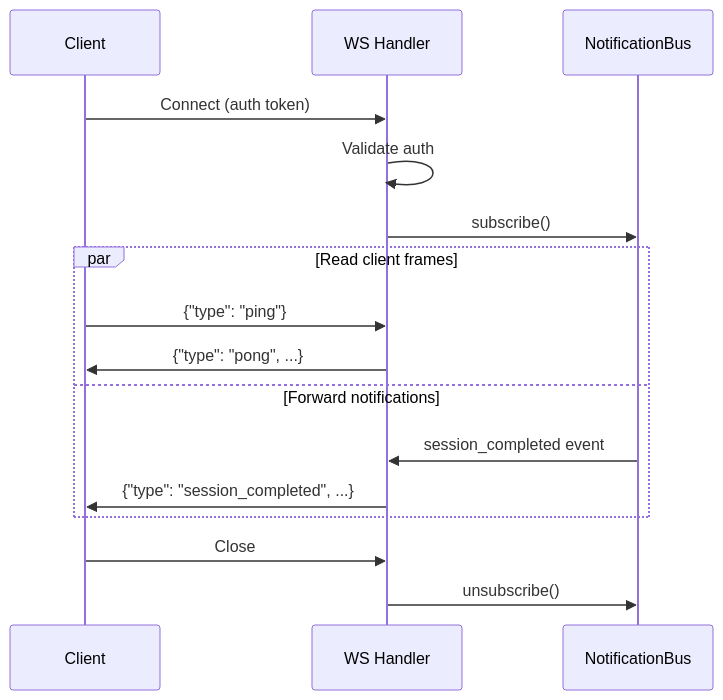
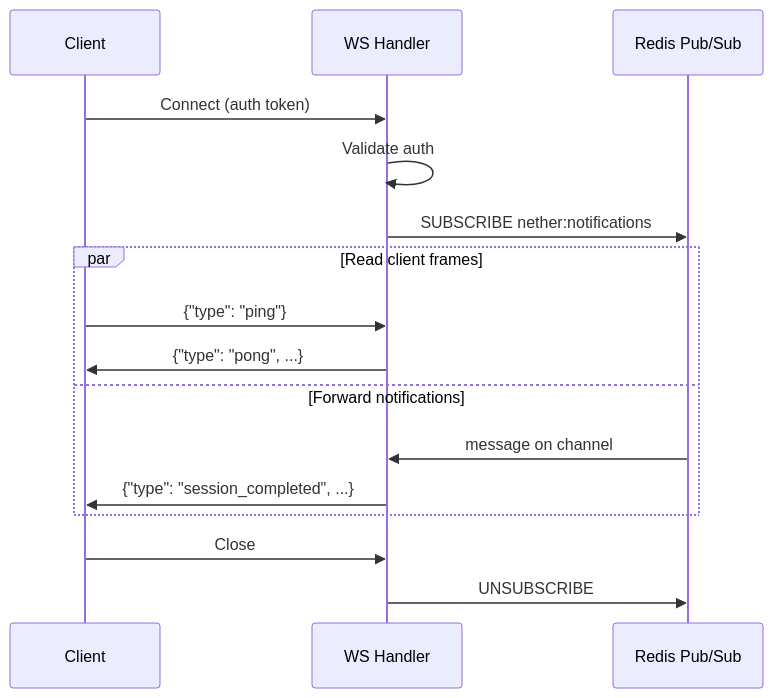
Before and after one commit to Wh1isper/netherbrain: the third of 3 diagrams in spec/agent_runtime/10-notifications.md, drawn with Mermaid. The commit also changed other lines of this file and 44 other files, not shown here.

````diff
--- a/spec/agent_runtime/10-notifications.md
+++ b/spec/agent_runtime/10-notifications.md
@@ -232,21 +241,21 @@
 ```mermaid
 sequenceDiagram
     participant C as Client
     participant WS as WS Handler
-    participant Bus as NotificationBus
+    participant R as Redis Pub/Sub
 
     C->>WS: Connect (auth token)
     WS->>WS: Validate auth
-    WS->>Bus: subscribe()
+    WS->>R: SUBSCRIBE nether:notifications
 
     par Read client frames
         C->>WS: {"type": "ping"}
         WS->>C: {"type": "pong", ...}
     and Forward notifications
-        Bus->>WS: session_completed event
+        R->>WS: message on channel
         WS->>C: {"type": "session_completed", ...}
     end
 
     C->>WS: Close
-    WS->>Bus: unsubscribe()
+    WS->>R: UNSUBSCRIBE
 ```
````
